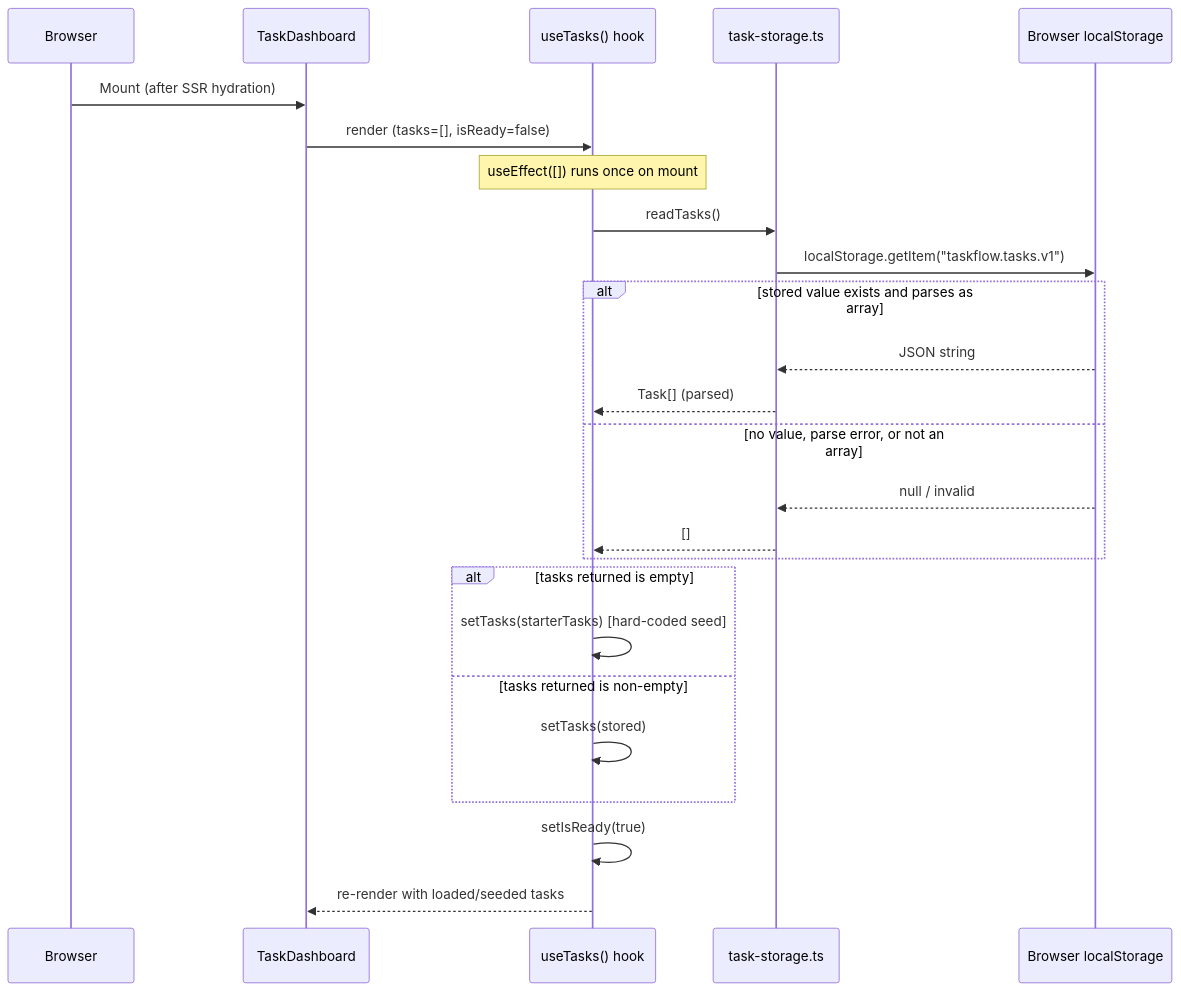
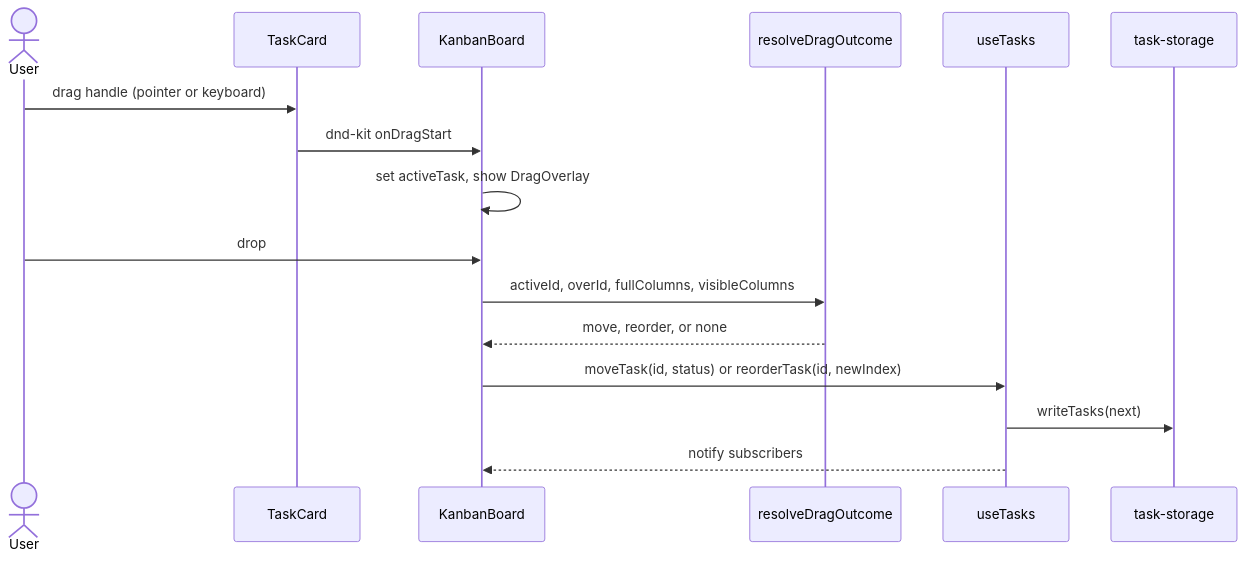
One commit to isrikanthchintu/taskflow-nextjs changed the third of 4 diagrams in aidlc/spaces/default/codekb/taskflow-nextjs/architecture.md. Above: the diagram before and after it, drawn with Mermaid. The commit also changed other lines of this file and 272 other files, not shown here.

First line of the commit message:
Turn TaskFlow into a Trello-style board with themes, boards and rules

````diff
--- a/aidlc/spaces/default/codekb/taskflow-nextjs/architecture.md
+++ b/aidlc/spaces/default/codekb/taskflow-nextjs/architecture.md
@@ -83,28 +85,18 @@
 ```mermaid
 sequenceDiagram
-    participant Browser
-    participant TaskDashboard
-    participant useTasks as useTasks() hook
-    participant TaskStorage as task-storage.ts
-    participant LocalStorage as Browser localStorage
-
-    Browser->>TaskDashboard: Mount (after SSR hydration)
-    TaskDashboard->>useTasks: render (tasks=[], isReady=false)
-    Note over useTasks: useEffect([]) runs once on mount
-    useTasks->>TaskStorage: readTasks()
-    TaskStorage->>LocalStorage: localStorage.getItem("taskflow.tasks.v1")
-    alt stored value exists and parses as array
-        LocalStorage-->>TaskStorage: JSON string
-        TaskStorage-->>useTasks: Task[] (parsed)
-    else no value, parse error, or not an array
-        LocalStorage-->>TaskStorage: null / invalid
-        TaskStorage-->>useTasks: []
-    end
-    alt tasks returned is empty
-        useTasks->>useTasks: setTasks(starterTasks) [hard-coded seed]
-    else tasks returned is non-empty
-        useTasks->>useTasks: setTasks(stored)
-    end
-    useTasks->>useTasks: setIsReady(true)
-    useTasks-->>TaskDashboard: re-render with loaded/seeded tasks
+  actor User
+  participant Card as TaskCard
+  participant Board as KanbanBoard
+  participant Resolve as resolveDragOutcome
+  participant Hook as useTasks
+  participant Store as task-storage
+  User->>Card: drag handle (pointer or keyboard)
+  Card->>Board: dnd-kit onDragStart
+  Board->>Board: set activeTask, show DragOverlay
+  User->>Board: drop
+  Board->>Resolve: activeId, overId, fullColumns, visibleColumns
+  Resolve-->>Board: move, reorder, or none
+  Board->>Hook: moveTask(id, status) or reorderTask(id, newIndex)
+  Hook->>Store: writeTasks(next)
+  Hook-->>Board: notify subscribers
 ```
````
